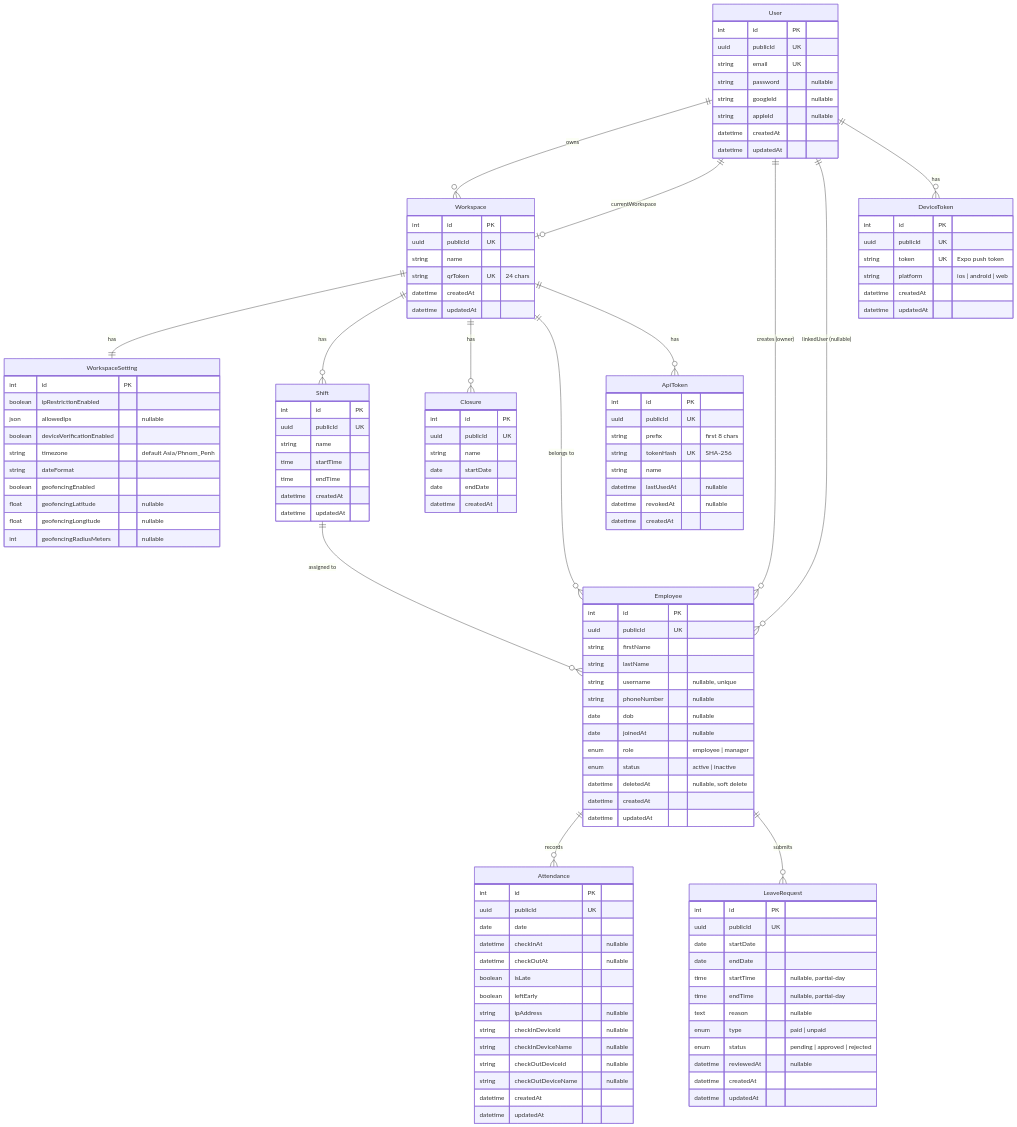
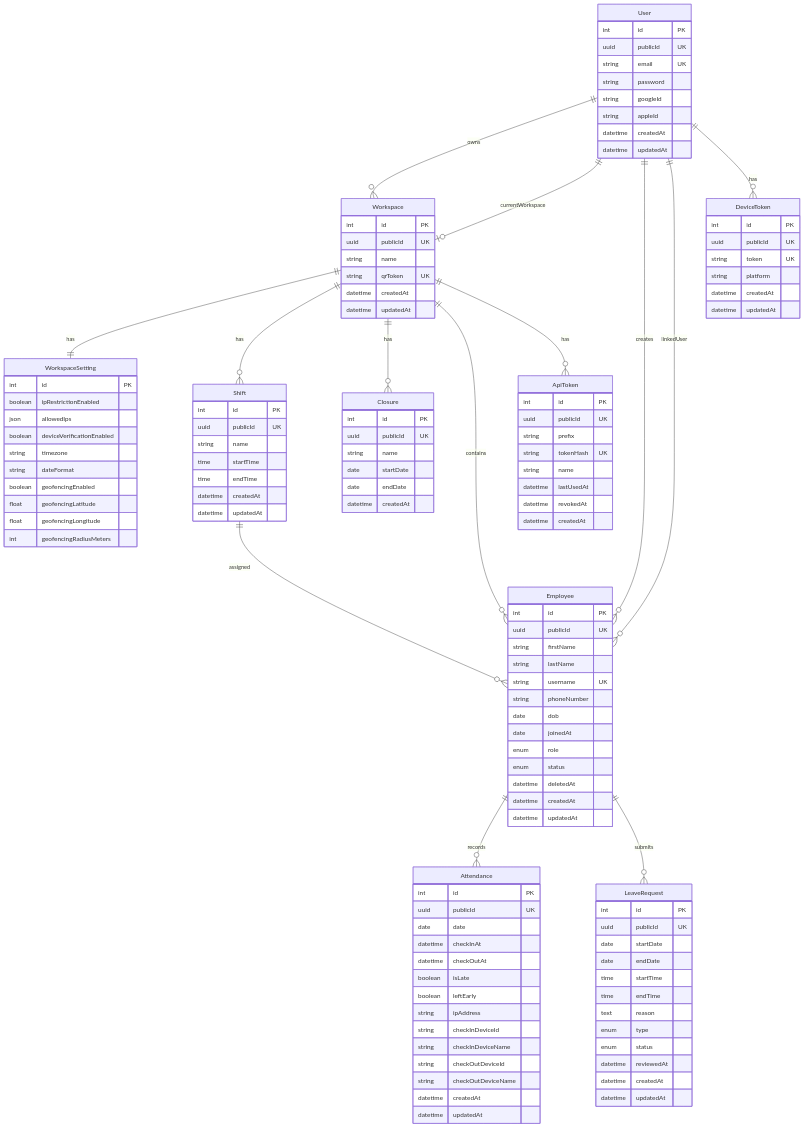
One commit to bangkeut-technology/daily-brew changed the diagram in README.md. Above: the diagram before and after it, drawn with Mermaid.

Commit message:
fix(readme): remove quoted comments from Mermaid ERD for GitHub compatibility
GitHub Mermaid renderer does not support quoted comment strings in ER diagrams.

````diff
--- a/README.md
+++ b/README.md
@@ -330,9 +330,9 @@
         int id PK
         uuid publicId UK
         string email UK
-        string password "nullable"
-        string googleId "nullable"
-        string appleId "nullable"
+        string password
+        string googleId
+        string appleId
         datetime createdAt
         datetime updatedAt
     }
@@ -341,7 +341,7 @@
         int id PK
         uuid publicId UK
         string name
-        string qrToken UK "24 chars"
+        string qrToken UK
         datetime createdAt
         datetime updatedAt
     }
@@ -349,14 +349,14 @@
     WorkspaceSetting {
         int id PK
         boolean ipRestrictionEnabled
-        json allowedIps "nullable"
+        json allowedIps
         boolean deviceVerificationEnabled
-        string timezone "default Asia/Phnom_Penh"
+        string timezone
         string dateFormat
         boolean geofencingEnabled
-        float geofencingLatitude "nullable"
-        float geofencingLongitude "nullable"
-        int geofencingRadiusMeters "nullable"
+        float geofencingLatitude
+        float geofencingLongitude
+        int geofencingRadiusMeters
     }
 
     Shift {
@@ -383,13 +383,13 @@
         uuid publicId UK
         string firstName
         string lastName
-        string username "nullable, unique"
-        string phoneNumber "nullable"
-        date dob "nullable"
-        date joinedAt "nullable"
-        enum role "employee | manager"
-        enum status "active | inactive"
-        datetime deletedAt "nullable, soft delete"
+        string username UK
+        string phoneNumber
+        date dob
+        date joinedAt
+        enum role
+        enum status
+        datetime deletedAt
         datetime createdAt
         datetime updatedAt
     }
@@ -398,15 +398,15 @@
         int id PK
         uuid publicId UK
         date date
-        datetime checkInAt "nullable"
-        datetime checkOutAt "nullable"
+        datetime checkInAt
+        datetime checkOutAt
         boolean isLate
         boolean leftEarly
-        string ipAddress "nullable"
-        string checkInDeviceId "nullable"
-        string checkInDeviceName "nullable"
-        string checkOutDeviceId "nullable"
-        string checkOutDeviceName "nullable"
+        string ipAddress
+        string checkInDeviceId
+        string checkInDeviceName
+        string checkOutDeviceId
+        string checkOutDeviceName
         datetime createdAt
         datetime updatedAt
     }
@@ -416,12 +416,12 @@
         uuid publicId UK
         date startDate
         date endDate
-        time startTime "nullable, partial-day"
-        time endTime "nullable, partial-day"
-        text reason "nullable"
-        enum type "paid | unpaid"
-        enum status "pending | approved | rejected"
-        datetime reviewedAt "nullable"
+        time startTime
+        time endTime
+        text reason
+        enum type
+        enum status
+        datetime reviewedAt
         datetime createdAt
         datetime updatedAt
     }
@@ -429,8 +429,8 @@
     DeviceToken {
         int id PK
         uuid publicId UK
-        string token UK "Expo push token"
-        string platform "ios | android | web"
+        string token UK
+        string platform
         datetime createdAt
         datetime updatedAt
     }
@@ -438,28 +438,28 @@
     ApiToken {
         int id PK
         uuid publicId UK
-        string prefix "first 8 chars"
-        string tokenHash UK "SHA-256"
+        string prefix
+        string tokenHash UK
         string name
-        datetime lastUsedAt "nullable"
-        datetime revokedAt "nullable"
+        datetime lastUsedAt
+        datetime revokedAt
         datetime createdAt
     }
 
-    User ||--o{ Workspace : "owns"
-    User ||--o| Workspace : "currentWorkspace"
-    User ||--o{ Employee : "creates (owner)"
-    User ||--o{ Employee : "linkedUser (nullable)"
-    User ||--o{ DeviceToken : "has"
+    User ||--o{ Workspace : owns
+    User ||--o| Workspace : currentWorkspace
+    User ||--o{ Employee : creates
+    User ||--o{ Employee : linkedUser
+    User ||--o{ DeviceToken : has
 
-    Workspace ||--|| WorkspaceSetting : "has"
-    Workspace ||--o{ Shift : "has"
-    Workspace ||--o{ Closure : "has"
-    Workspace ||--o{ Employee : "belongs to"
-    Workspace ||--o{ ApiToken : "has"
+    Workspace ||--|| WorkspaceSetting : has
+    Workspace ||--o{ Shift : has
+    Workspace ||--o{ Closure : has
+    Workspace ||--o{ Employee : contains
+    Workspace ||--o{ ApiToken : has
 
-    Shift ||--o{ Employee : "assigned to"
+    Shift ||--o{ Employee : assigned
 
-    Employee ||--o{ Attendance : "records"
-    Employee ||--o{ LeaveRequest : "submits"
+    Employee ||--o{ Attendance : records
+    Employee ||--o{ LeaveRequest : submits
 ```
````
